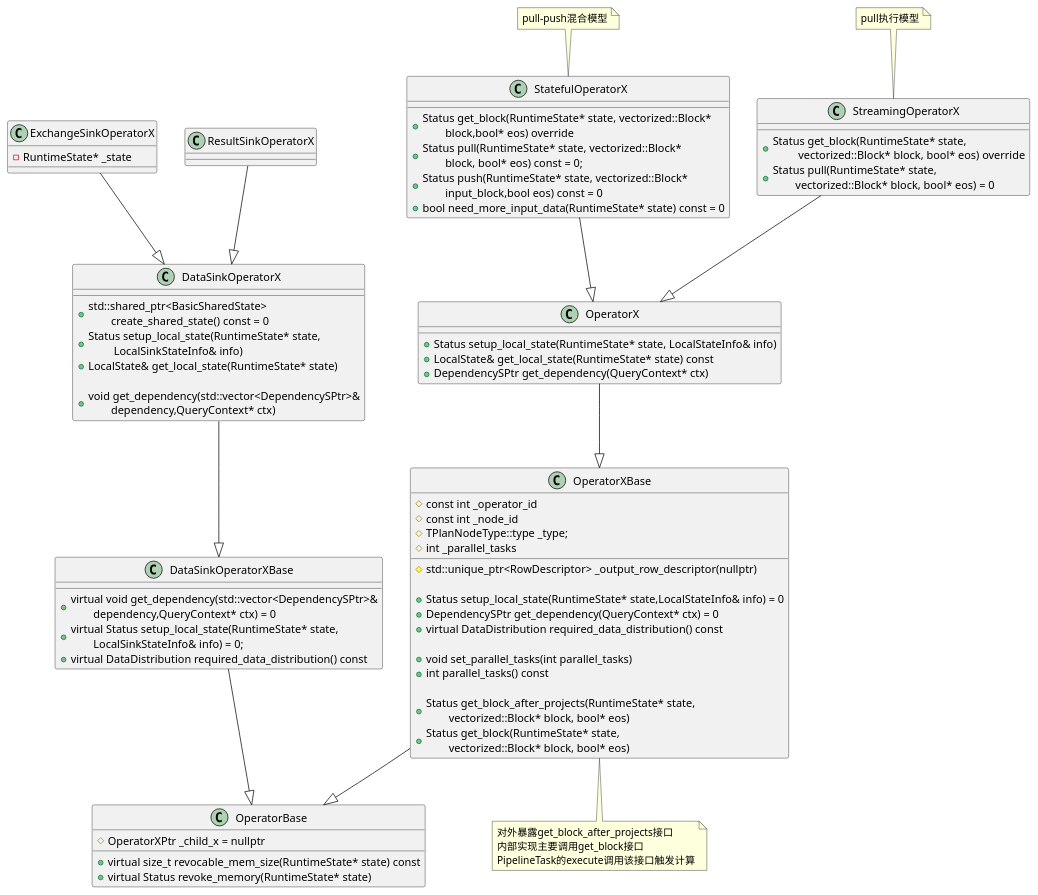
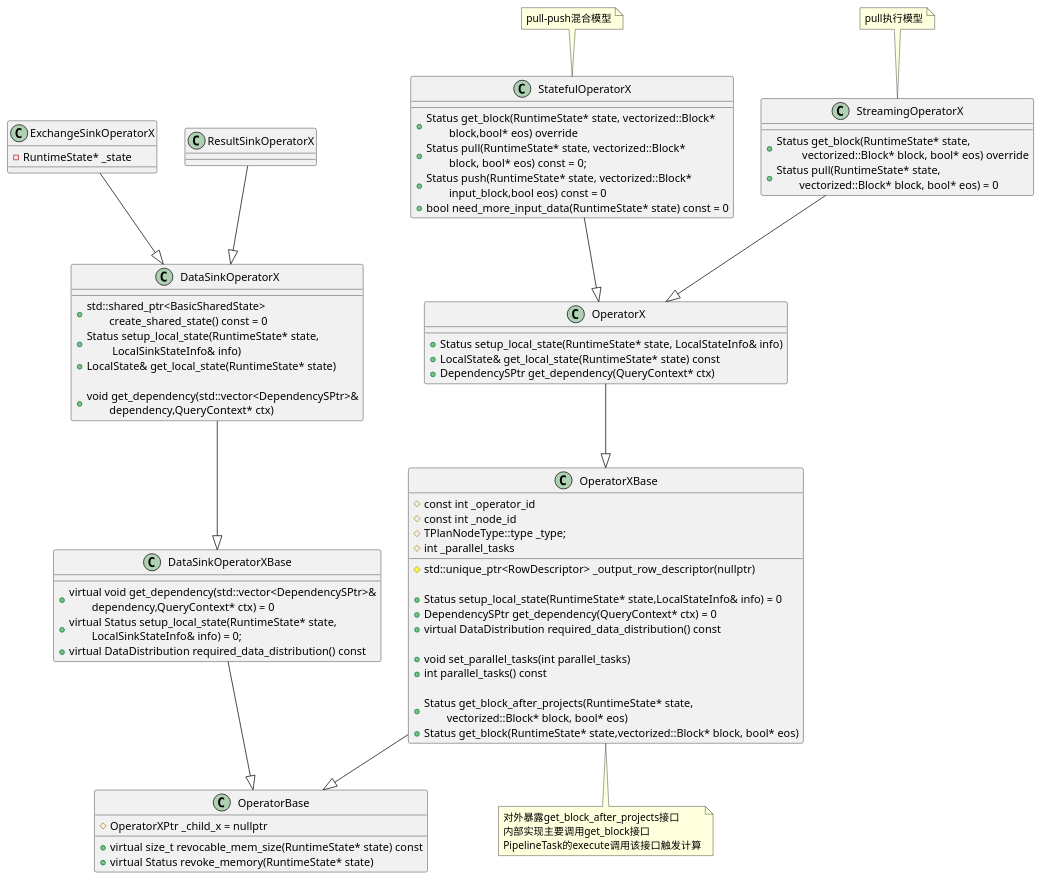
One commit to DepInjoy/geektime changed the second of 8 diagrams in doc/DB/Doris/SourceRead/13_04_Exec_OperatorX.md. Above: the diagram before and after it, drawn with PlantUML. The commit also changed other lines of this file and 3 other files, not shown here.

````diff
--- a/doc/DB/Doris/SourceRead/13_04_Exec_OperatorX.md
+++ b/doc/DB/Doris/SourceRead/13_04_Exec_OperatorX.md
@@ -15,78 +15,78 @@
 ```plantuml
 @startuml
 class StreamingOperatorX {
     + Status get_block(RuntimeState* state,\n\t vectorized::Block* block, bool* eos) override
     + Status pull(RuntimeState* state,\n\tvectorized::Block* block, bool* eos) = 0
 }
 note top : pull执行模型
 
 class StatefulOperatorX {
     + Status get_block(RuntimeState* state, vectorized::Block*\n\tblock,bool* eos) override
     + Status pull(RuntimeState* state, vectorized::Block*\n\tblock, bool* eos) const = 0;
     + Status push(RuntimeState* state, vectorized::Block*\n\tinput_block,bool eos) const = 0
     + bool need_more_input_data(RuntimeState* state) const = 0
 }
 note top : pull-push混合模型 
 
 class OperatorX {
     + Status setup_local_state(RuntimeState* state, LocalStateInfo& info)
     + LocalState& get_local_state(RuntimeState* state) const
     + DependencySPtr get_dependency(QueryContext* ctx)
 }
 
 class OperatorXBase {
     # const int _operator_id
     # const int _node_id
     # TPlanNodeType::type _type;
     # int _parallel_tasks
     # std::unique_ptr<RowDescriptor> _output_row_descriptor(nullptr)
 
     + Status setup_local_state(RuntimeState* state,LocalStateInfo& info) = 0
     + DependencySPtr get_dependency(QueryContext* ctx) = 0
     + virtual DataDistribution required_data_distribution() const
 
     + void set_parallel_tasks(int parallel_tasks)
     + int parallel_tasks() const
 
-    + Status get_block_after_projects(RuntimeState* state,\n\tvectorized::Block* block, bool* eos)
-    + Status get_block(RuntimeState* state,\n\tvectorized::Block* block, bool* eos)
+    + Status get_block_after_projects(RuntimeState* state, \n\tvectorized::Block* block, bool* eos)
+    + Status get_block(RuntimeState* state,vectorized::Block* block, bool* eos)
 }
 note bottom : 对外暴露get_block_after_projects接口\n内部实现主要调用get_block接口\nPipelineTask的execute调用该接口触发计算
 
 class OperatorBase {
     # OperatorXPtr _child_x = nullptr
 
     + virtual size_t revocable_mem_size(RuntimeState* state) const
     + virtual Status revoke_memory(RuntimeState* state)
 }
 
 class ExchangeSinkOperatorX {
     - RuntimeState* _state
 }
 
 class DataSinkOperatorX {
     + std::shared_ptr<BasicSharedState>\n\tcreate_shared_state() const = 0
     + Status setup_local_state(RuntimeState* state,\n\t LocalSinkStateInfo& info)
     + LocalState& get_local_state(RuntimeState* state)
 
     + void get_dependency(std::vector<DependencySPtr>&\n\tdependency,QueryContext* ctx)
 }
 
 class DataSinkOperatorXBase {
     + virtual void get_dependency(std::vector<DependencySPtr>&\n\tdependency,QueryContext* ctx) = 0
     + virtual Status setup_local_state(RuntimeState* state,\n\tLocalSinkStateInfo& info) = 0;
     + virtual DataDistribution required_data_distribution() const
 }
 
 StreamingOperatorX -down-|> OperatorX
 StatefulOperatorX -down-|> OperatorX
 
 OperatorX -down-|> OperatorXBase
 OperatorXBase -down-|> OperatorBase
 
 DataSinkOperatorXBase -down-|> OperatorBase
 DataSinkOperatorX -down-|> DataSinkOperatorXBase
 ExchangeSinkOperatorX -down-|> DataSinkOperatorX
 ResultSinkOperatorX -down-|> DataSinkOperatorX
 @enduml
 ```
````
